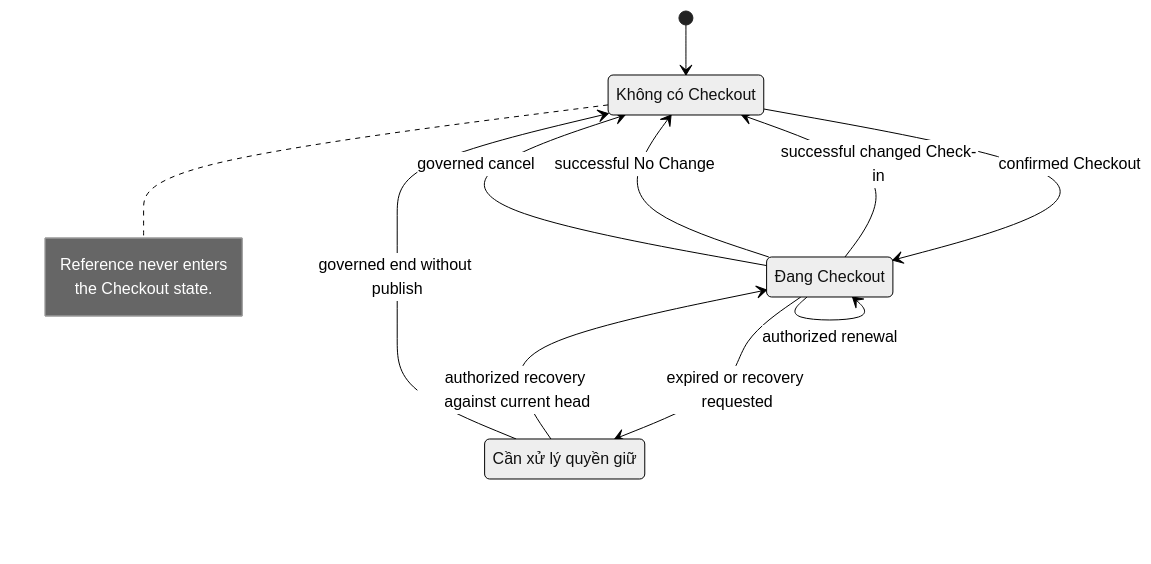
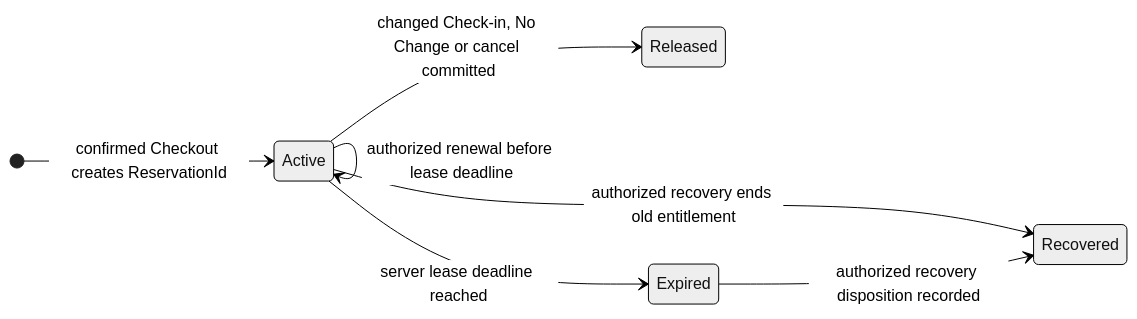
Before and after one commit to devphuclam/IDEAEngineering: the eighth of 19 diagrams in docs/product/instances/idea-engineering/DOC-05-architecture-description.md, drawn with Mermaid (neutral theme). The commit also changed other lines of this file and 53 other files, not shown here.

Commit message:
docs: define IDEA architecture and controlled workflows

````diff
--- a/docs/product/instances/idea-engineering/DOC-05-architecture-description.md
+++ b/docs/product/instances/idea-engineering/DOC-05-architecture-description.md
@@ -329,20 +664,13 @@
 ```mermaid
 stateDiagram-v2
-    state "Không có Checkout" as NoCheckout
-    state "Đang Checkout" as ActiveCheckout
-    state "Cần xử lý quyền giữ" as RecoveryRequired
-    [*] --> NoCheckout
-    NoCheckout --> ActiveCheckout: confirmed Checkout
-    ActiveCheckout --> ActiveCheckout: authorized renewal
-    ActiveCheckout --> NoCheckout: successful changed Check-in
-    ActiveCheckout --> NoCheckout: successful No Change
-    ActiveCheckout --> NoCheckout: governed cancel
-    ActiveCheckout --> RecoveryRequired: expired or recovery requested
-    RecoveryRequired --> ActiveCheckout: authorized recovery against current head
-    RecoveryRequired --> NoCheckout: governed end without publish
+    accTitle: Reservation record lifecycle
+    accDescr: A confirmed Checkout creates an Active Reservation. Renewal keeps that same record Active. A committed changed or No Change Check-in or governed cancel makes it Released. Lease timeout makes it Expired. Authorized recovery makes the old record Recovered. Released, Expired and Recovered records never become Active again; any later Checkout creates a new Reservation against the current head.
+    direction LR
 
-    note right of NoCheckout
-      Reference never enters
-      the Checkout state.
-    end note
+    [*] --> Active: confirmed Checkout creates ReservationId
+    Active --> Active: authorized renewal before lease deadline
+    Active --> Released: changed Check-in, No Change or cancel committed
+    Active --> Expired: server lease deadline reached
+    Active --> Recovered: authorized recovery ends old entitlement
+    Expired --> Recovered: authorized recovery disposition recorded
 ```
````
